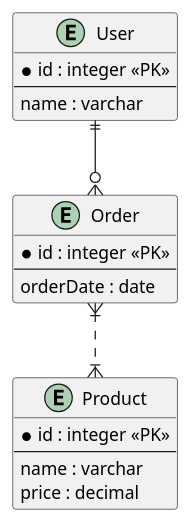
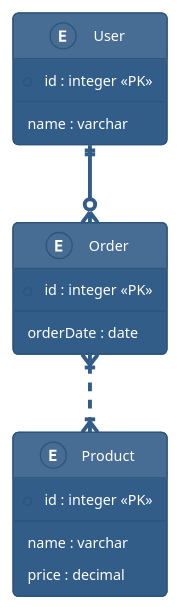
One commit to raimu38/Learn-with-GPT changed the diagram in plantuml/7/kihon2.puml. Above: the diagram before and after it, drawn with PlantUML. The commit also changed 23 other files, not shown here.

```diff
--- a/plantuml/7/kihon2.puml
+++ b/plantuml/7/kihon2.puml
@@ -1,32 +1,33 @@
 @startuml
+!theme sandstone
 skinparam linetype ortho
 
 entity User {
     *id : integer <<PK>>
     --
     name : varchar
 }
 
 entity Order {
     *id : integer <<PK>>
     --
     orderDate : date
 }
 
 entity Product {
     *id : integer <<PK>>
     --
     name : varchar
     price : decimal
 }
 
 ' User と Order の関係: 1対多
 ' User は複数の Order を持つ (1人のユーザーが複数の注文)
 User ||--o{ Order
 
 ' Order と Product の関係: 多対多 (中間テーブルが必要)
 ' この例では簡易的に直接多対多を示す
 ' 通常は OrderItem のような中間エンティティを介して表現
 Order }|..|{ Product
 
 @enduml
```
